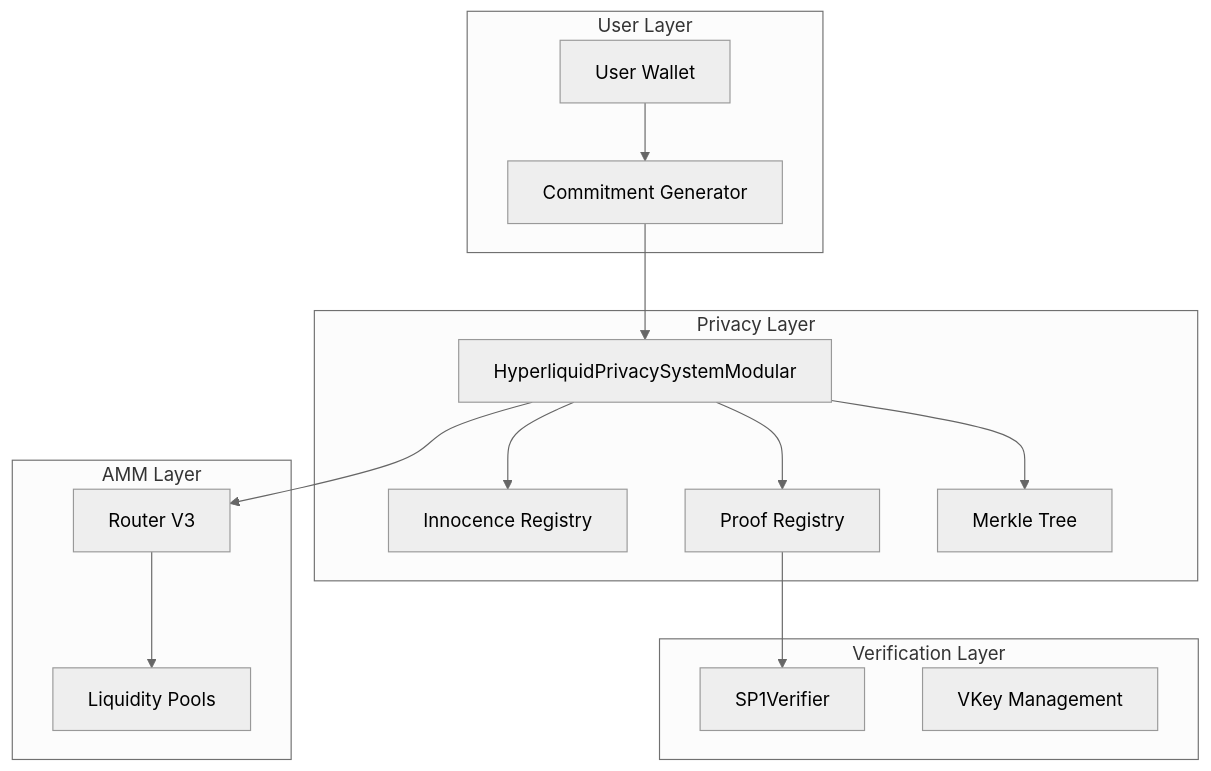
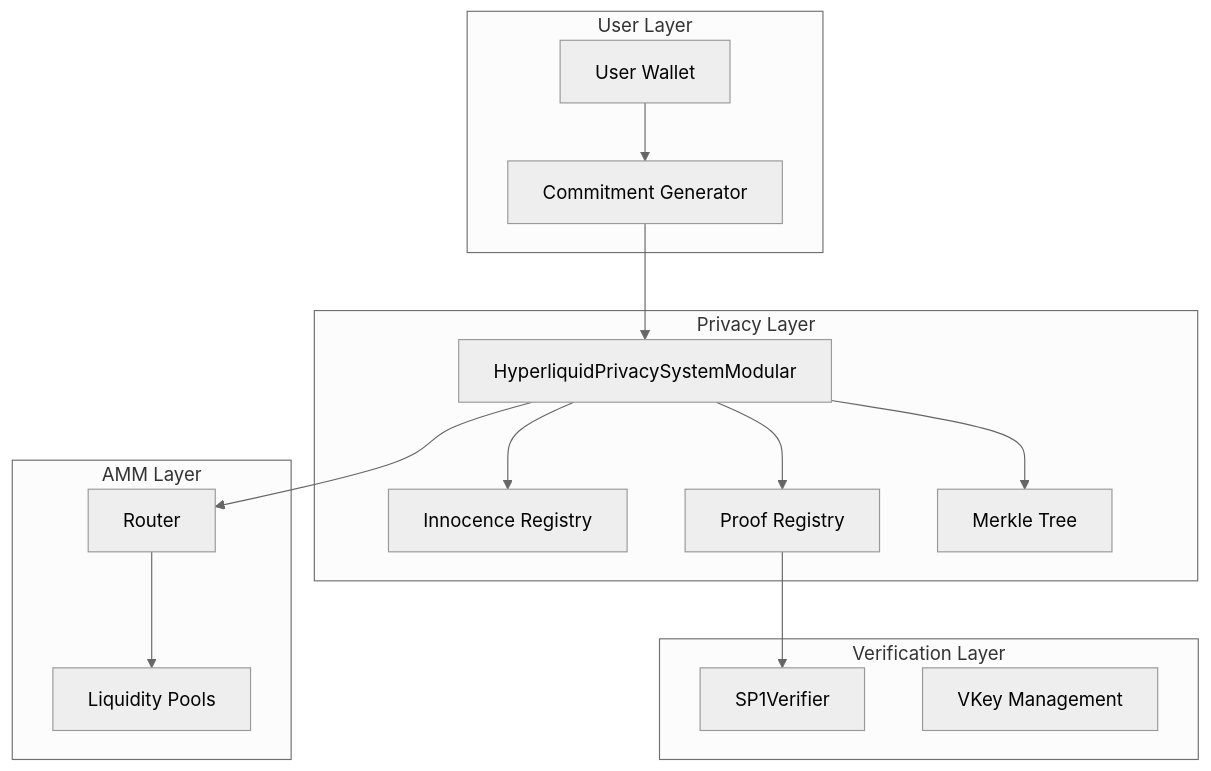
Before and after one commit to hxfinance/hx-docs: the first of 2 diagrams in pages/private-trading/technical-details.mdx, drawn with Mermaid (neutral theme). The commit also changed other lines of this file and 7 other files, not shown here.

````diff
--- a/pages/private-trading/technical-details.mdx
+++ b/pages/private-trading/technical-details.mdx
@@ -17,33 +17,33 @@
 ```mermaid
 graph TB
     subgraph "User Layer"
         U[User Wallet]
         C[Commitment Generator]
     end
     
     subgraph "Privacy Layer"
         PC[HyperliquidPrivacySystemModular]
         IR[Innocence Registry]
         PR[Proof Registry]
         MT[Merkle Tree]
     end
     
     subgraph "Verification Layer"
         SP[SP1Verifier]
         VK[VKey Management]
     end
     
     subgraph "AMM Layer"
-        R[Router V3]
+        R[Router]
         P[Liquidity Pools]
     end
     
     U --> C
     C --> PC
     PC --> IR
     PC --> PR
     PR --> SP
     PC --> MT
     PC --> R
     R --> P
 ```
````
